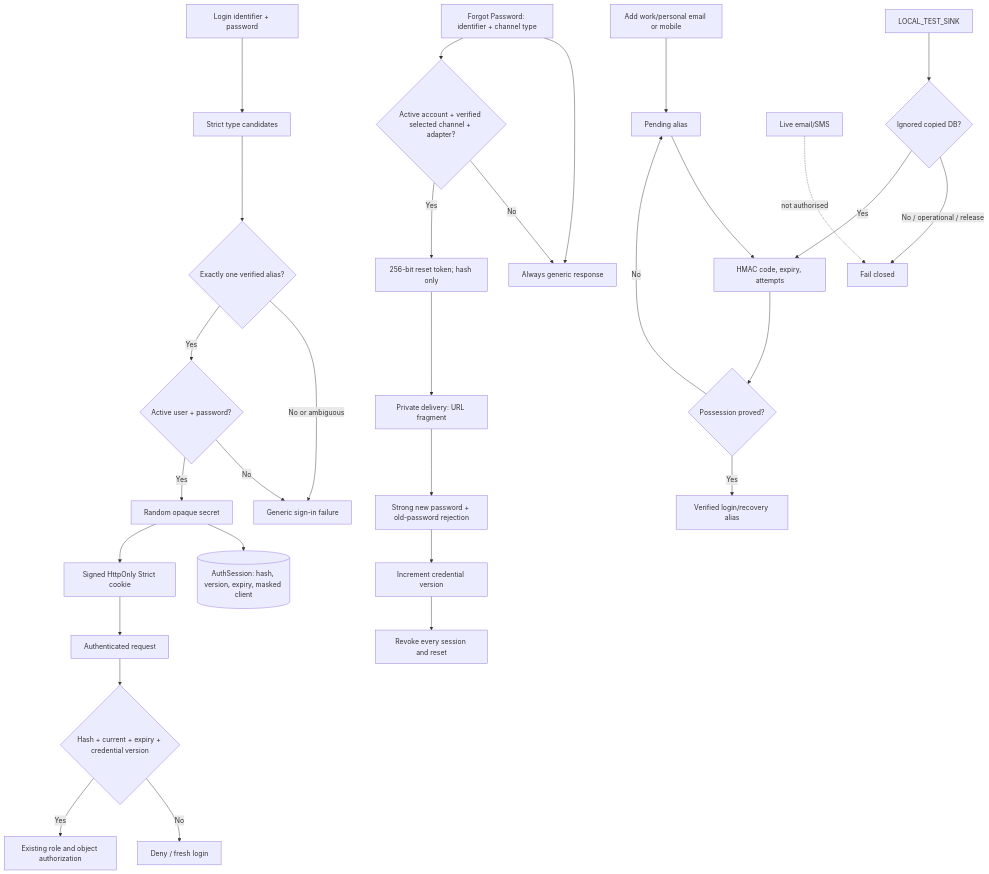
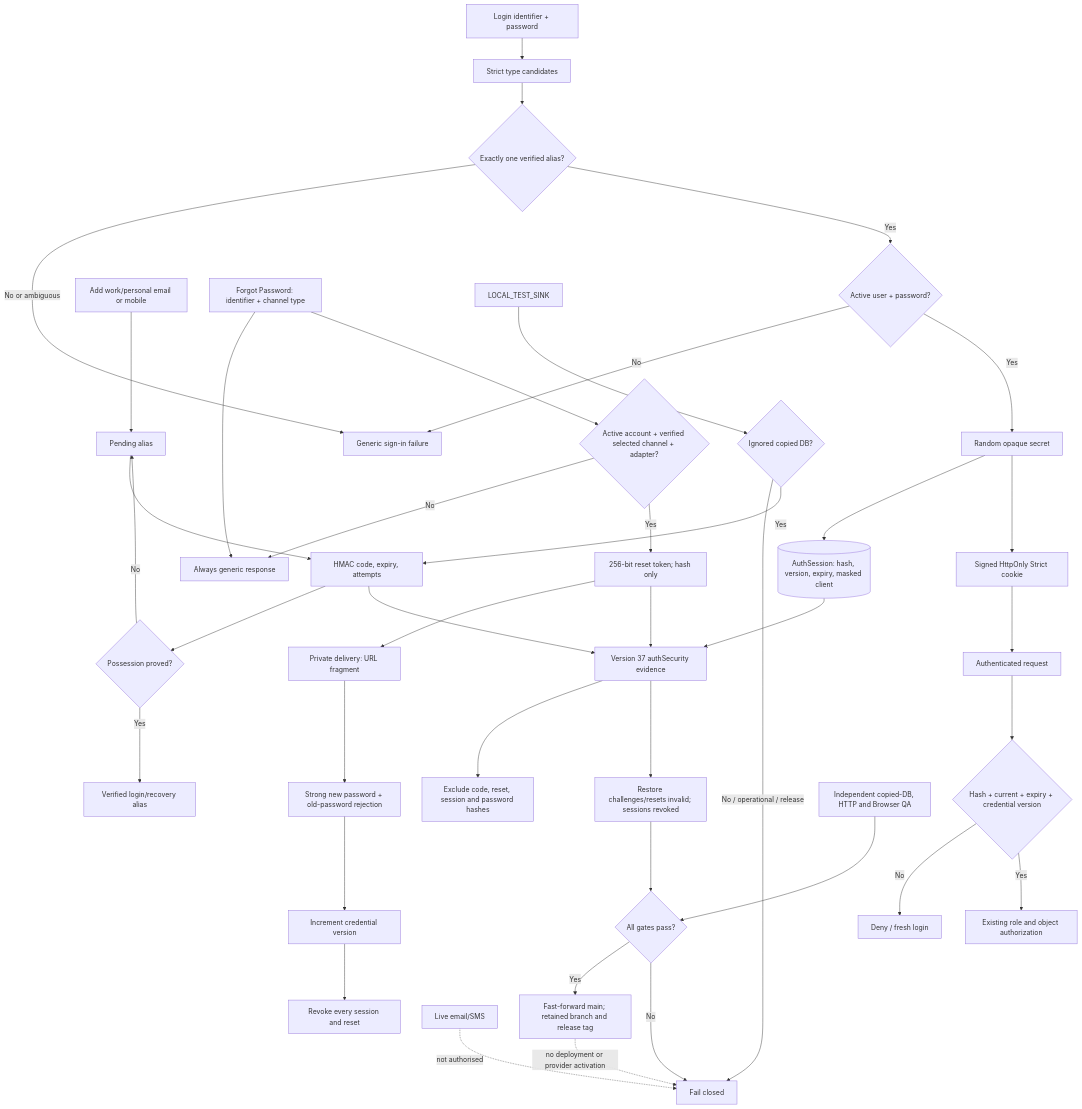
One commit to vsairohith67/nalanda-school-erp changed the diagram in docs/diagrams/auth-verified-recovery-session-registry.mmd. Above: the diagram before and after it, drawn with Mermaid. The commit also changed 27 other files, not shown here.

Commit message:
Complete independent AUTH-2B security QA

```diff
--- a/docs/diagrams/auth-verified-recovery-session-registry.mmd
+++ b/docs/diagrams/auth-verified-recovery-session-registry.mmd
@@ -1,33 +1,45 @@
 flowchart TD
   Login[Login identifier + password] --> Normalize[Strict type candidates]
   Normalize --> Alias{Exactly one verified alias?}
   Alias -->|No or ambiguous| Generic[Generic sign-in failure]
   Alias -->|Yes| Account{Active user + password?}
   Account -->|No| Generic
   Account -->|Yes| Create[Random opaque secret]
   Create --> Registry[(AuthSession: hash, version, expiry, masked client)]
   Create --> Cookie[Signed HttpOnly Strict cookie]
   Cookie --> Request[Authenticated request]
   Request --> RegistryCheck{Hash + current + expiry + credential version}
   RegistryCheck -->|No| Deny[Deny / fresh login]
   RegistryCheck -->|Yes| Authorize[Existing role and object authorization]
 
   Add[Add work/personal email or mobile] --> Pending[Pending alias]
   Pending --> Code[HMAC code, expiry, attempts]
   Code --> Possession{Possession proved?}
   Possession -->|Yes| Verified[Verified login/recovery alias]
   Possession -->|No| Pending
 
   Forgot[Forgot Password: identifier + channel type] --> GenericRecovery[Always generic response]
   Forgot --> Eligible{Active account + verified selected channel + adapter?}
   Eligible -->|No| GenericRecovery
   Eligible -->|Yes| Reset[256-bit reset token; hash only]
   Reset --> Fragment[Private delivery: URL fragment]
   Fragment --> NewPassword[Strong new password + old-password rejection]
   NewPassword --> Credential[Increment credential version]
   Credential --> Revoke[Revoke every session and reset]
 
   LocalSink[LOCAL_TEST_SINK] --> CopiedOnly{Ignored copied DB?}
   CopiedOnly -->|No / operational / release| Refuse[Fail closed]
   CopiedOnly -->|Yes| Code
   LiveProvider[Live email/SMS] -. not authorised .-> Refuse
+
+  Registry --> SafeBackup[Version 37 authSecurity evidence]
+  Code --> SafeBackup
+  Reset --> SafeBackup
+  SafeBackup --> Exclude[Exclude code, reset, session and password hashes]
+  SafeBackup --> RestoreSafe[Restore challenges/resets invalid; sessions revoked]
+
+  Matrix[Independent copied-DB, HTTP and Browser QA] --> ReleaseGate{All gates pass?}
+  RestoreSafe --> ReleaseGate
+  ReleaseGate -->|Yes| Release[Fast-forward main; retained branch and release tag]
+  ReleaseGate -->|No| Refuse
+  Release -. no deployment or provider activation .-> Refuse
```
